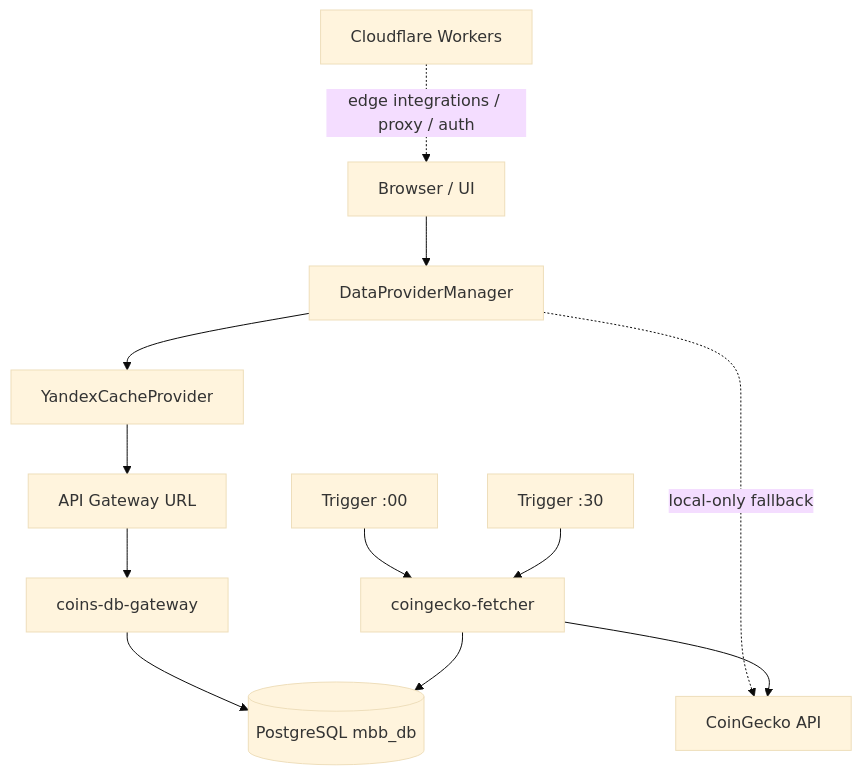
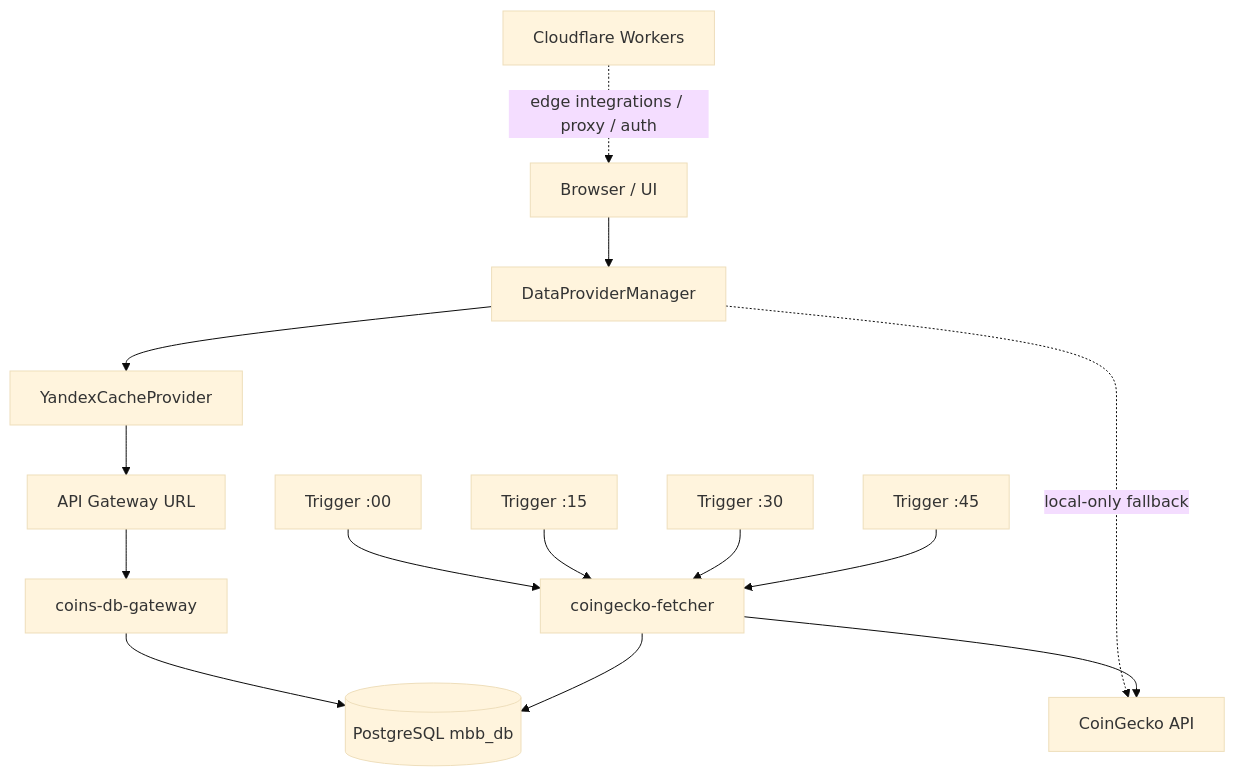
Before and after one commit to aoponomarev/mmb: the diagram in docs/ais/ais-integration-strategy-yandex.md, drawn with Mermaid (base theme). The commit also changed other lines of this file and 15 other files, not shown here.

````diff
--- a/docs/ais/ais-integration-strategy-yandex.md
+++ b/docs/ais/ais-integration-strategy-yandex.md
@@ -42,17 +42,19 @@
 ```mermaid
 flowchart TD
     U[Browser / UI] --> DPM[DataProviderManager]
     DPM --> YCGET[YandexCacheProvider]
     DPM -. local-only fallback .-> CG[CoinGecko API]
 
     YCGET --> APIGW[API Gateway URL]
     APIGW --> MBB[coins-db-gateway]
     MBB --> DB[(PostgreSQL mbb_db)]
 
     T1[Trigger :00] --> FETCH[coingecko-fetcher]
-    T2[Trigger :30] --> FETCH
+    T2[Trigger :15] --> FETCH
+    T3[Trigger :30] --> FETCH
+    T4[Trigger :45] --> FETCH
     FETCH --> CG
     FETCH --> DB
 
     CF[Cloudflare Workers] -. edge integrations / proxy / auth .-> U
 ```
````
